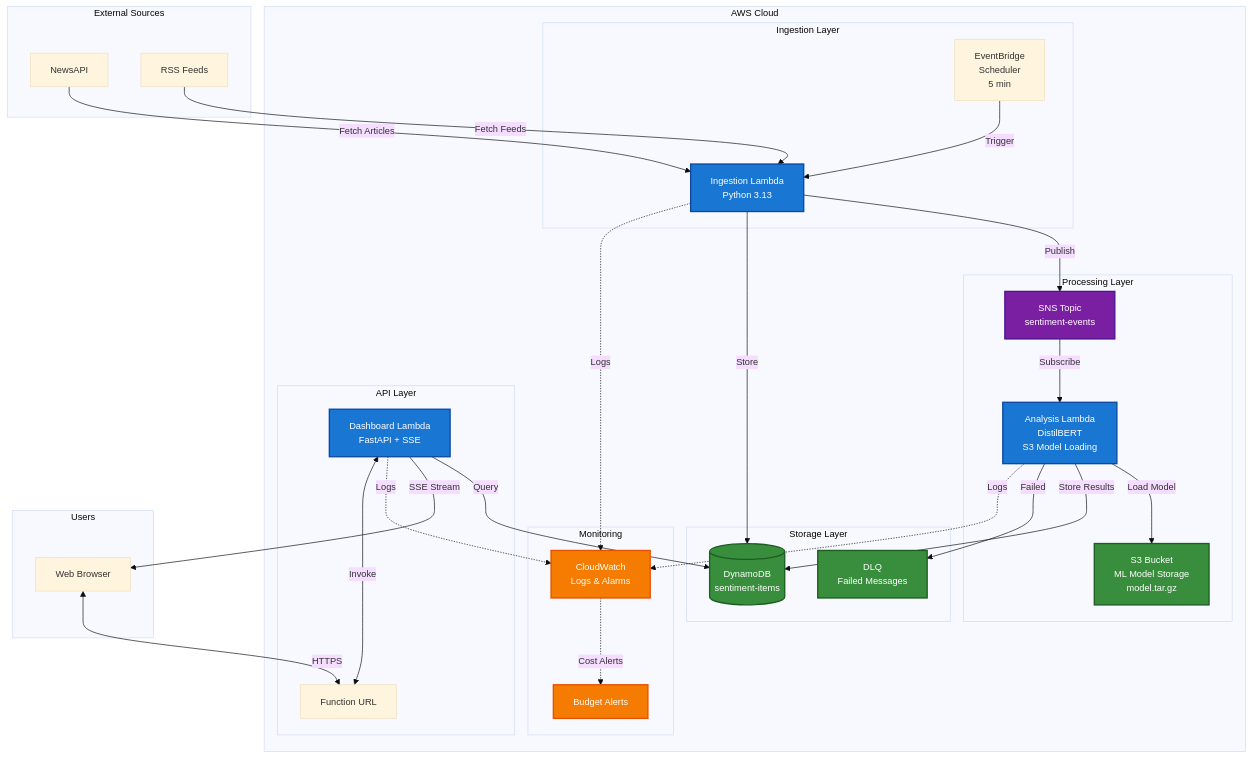
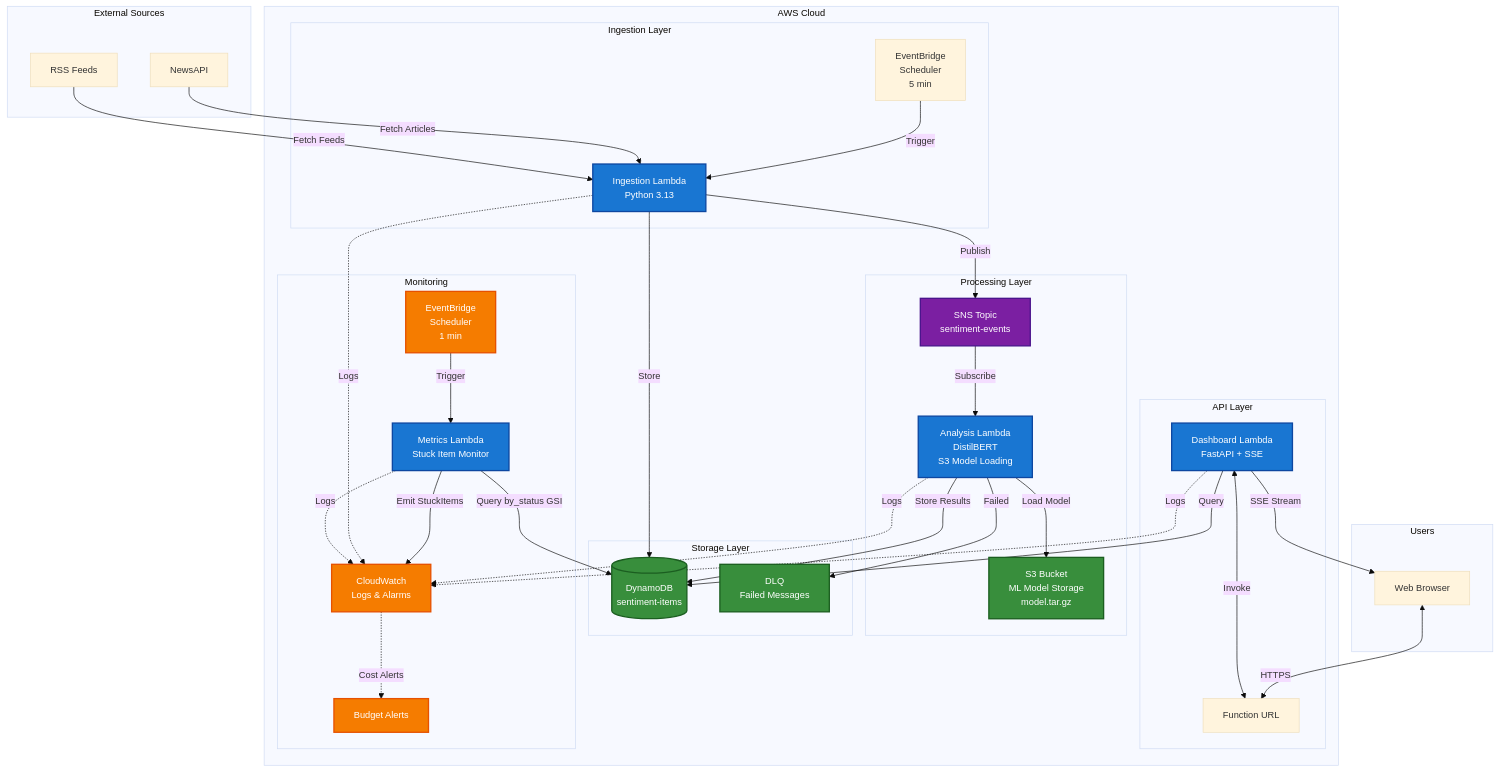
The second of 4 diagrams in README.md (traylorre/sentiment-analyzer-gsk), drawn with Mermaid before and after one commit. The commit also changed other lines of this file and 4 other files, not shown here.

First line of the commit message:
docs: Update diagrams for Metrics Lambda (TD-011)

````diff
--- a/README.md
+++ b/README.md
@@ -164,73 +164,80 @@
 ```mermaid
 %%{init: {'theme':'base', 'themeVariables': {'fontSize':'14px'}}}%%
 graph TB
     subgraph "External Sources"
         NewsAPI[NewsAPI]
         RSS[RSS Feeds]
     end
 
     subgraph "AWS Cloud"
         subgraph "Ingestion Layer"
             EB[EventBridge<br/>Scheduler<br/>5 min]
             Ingestion[Ingestion Lambda<br/>Python 3.13]
         end
 
         subgraph "Processing Layer"
             SNS[SNS Topic<br/>sentiment-events]
             Analysis[Analysis Lambda<br/>DistilBERT<br/>S3 Model Loading]
             S3Model[S3 Bucket<br/>ML Model Storage<br/>model.tar.gz]
         end
 
         subgraph "API Layer"
             Dashboard[Dashboard Lambda<br/>FastAPI + SSE]
             FnURL[Function URL]
         end
 
         subgraph "Storage Layer"
             DDB[(DynamoDB<br/>sentiment-items)]
             DLQ[DLQ<br/>Failed Messages]
         end
 
         subgraph "Monitoring"
+            EBMetrics[EventBridge<br/>Scheduler<br/>1 min]
+            Metrics[Metrics Lambda<br/>Stuck Item Monitor]
             CW[CloudWatch<br/>Logs & Alarms]
             Budget[Budget Alerts]
         end
     end
 
     subgraph "Users"
         Browser[Web Browser]
     end
 
     EB -->|Trigger| Ingestion
     NewsAPI -->|Fetch Articles| Ingestion
     RSS -->|Fetch Feeds| Ingestion
 
     Ingestion -->|Publish| SNS
     Ingestion -->|Store| DDB
 
     SNS -->|Subscribe| Analysis
     Analysis -->|Load Model| S3Model
     Analysis -->|Store Results| DDB
     Analysis -->|Failed| DLQ
 
     Browser <-->|HTTPS| FnURL
     FnURL <-->|Invoke| Dashboard
     Dashboard -->|Query| DDB
     Dashboard -->|SSE Stream| Browser
 
+    EBMetrics -->|Trigger| Metrics
+    Metrics -->|Query by_status GSI| DDB
+    Metrics -->|Emit StuckItems| CW
+
     Ingestion -.->|Logs| CW
     Analysis -.->|Logs| CW
     Dashboard -.->|Logs| CW
+    Metrics -.->|Logs| CW
 
     CW -.->|Cost Alerts| Budget
 
     classDef lambdaStyle fill:#1976d2,stroke:#0d47a1,stroke-width:2px,color:#fff
     classDef storageStyle fill:#388e3c,stroke:#1b5e20,stroke-width:2px,color:#fff
     classDef messagingStyle fill:#7b1fa2,stroke:#4a148c,stroke-width:2px,color:#fff
     classDef monitoringStyle fill:#f57c00,stroke:#e65100,stroke-width:2px,color:#fff
 
-    class Ingestion,Analysis,Dashboard lambdaStyle
+    class Ingestion,Analysis,Dashboard,Metrics lambdaStyle
     class DDB,DLQ,S3Model storageStyle
     class SNS messagingStyle
-    class CW,Budget monitoringStyle
+    class CW,Budget,EBMetrics monitoringStyle
 ```
````
